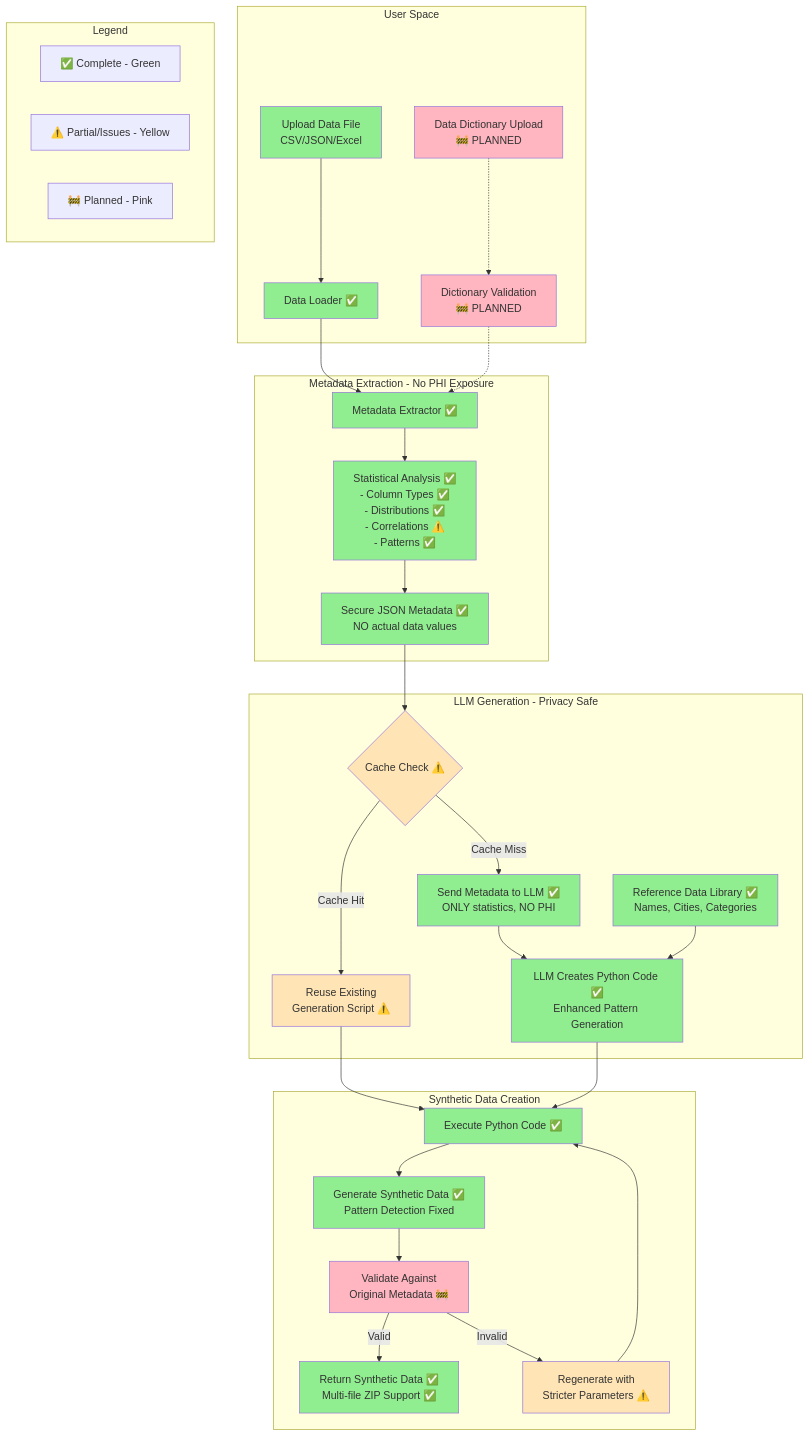
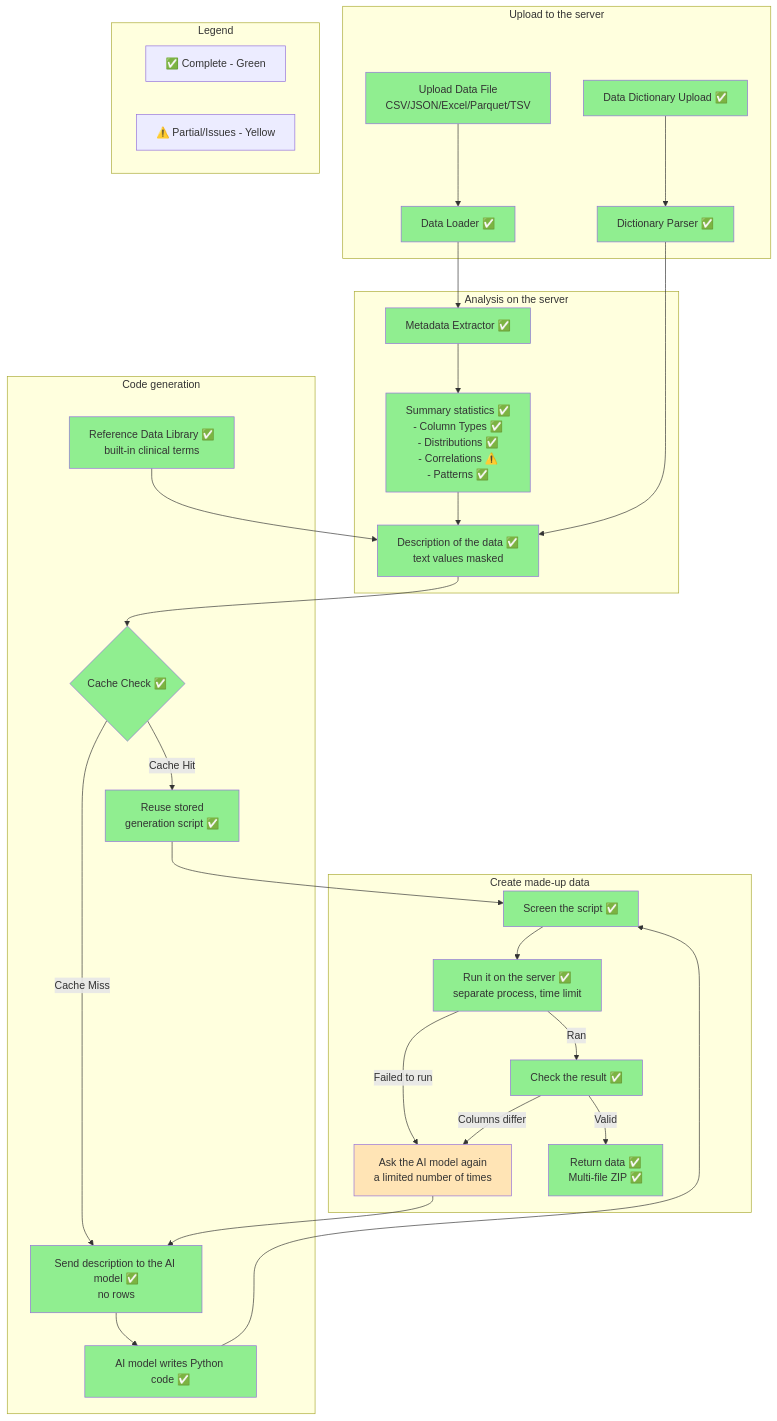
The diagram in docs/architecture-diagram.md (sagearbor/Create-mockData-from-real-file), drawn with Mermaid before and after one commit. The commit also changed other lines of this file and 16 other files, not shown here.

First line of the commit message:
Docs: say what is sent to the AI model and what is stored; remove claims nobody has checked (ADP-58)

````diff
--- a/docs/architecture-diagram.md
+++ b/docs/architecture-diagram.md
@@ -5,60 +5,60 @@
 ```mermaid
 graph TB
-    subgraph "User Space"
-        A[Upload Data File<br/>CSV/JSON/Excel] --> B[Data Loader ✅]
-        DD[Data Dictionary Upload<br/>🚧 PLANNED] -.-> VAL[Dictionary Validation<br/>🚧 PLANNED]
+    subgraph "Upload to the server"
+        A[Upload Data File<br/>CSV/JSON/Excel/Parquet/TSV] --> B[Data Loader ✅]
+        DD[Data Dictionary Upload ✅] --> VAL[Dictionary Parser ✅]
     end
 
-    subgraph "Metadata Extraction - No PHI Exposure"
+    subgraph "Analysis on the server"
         B --> C[Metadata Extractor ✅]
-        C --> D[Statistical Analysis ✅<br/>- Column Types ✅<br/>- Distributions ✅<br/>- Correlations ⚠️<br/>- Patterns ✅]
-        D --> E[Secure JSON Metadata ✅<br/>NO actual data values]
-        VAL -.-> C
+        C --> D[Summary statistics ✅<br/>- Column Types ✅<br/>- Distributions ✅<br/>- Correlations ⚠️<br/>- Patterns ✅]
+        D --> E[Description of the data ✅<br/>text values masked]
+        VAL --> E
     end
 
-    subgraph "LLM Generation - Privacy Safe"
-        E --> F{Cache Check ⚠️}
-        F -->|Cache Hit| G[Reuse Existing<br/>Generation Script ⚠️]
-        F -->|Cache Miss| H[Send Metadata to LLM ✅<br/>ONLY statistics, NO PHI]
-        H --> I[LLM Creates Python Code ✅<br/>Enhanced Pattern Generation]
-        REF[Reference Data Library ✅<br/>Names, Cities, Categories] --> I
+    subgraph "Code generation"
+        E --> F{Cache Check ✅}
+        F -->|Cache Hit| G[Reuse stored<br/>generation script ✅]
+        F -->|Cache Miss| H[Send description to the AI model ✅<br/>no rows]
+        H --> I[AI model writes Python code ✅]
+        REF[Reference Data Library ✅<br/>built-in clinical terms] --> E
     end
 
-    subgraph "Synthetic Data Creation"
-        G --> J[Execute Python Code ✅]
-        I --> J
-        J --> K[Generate Synthetic Data ✅<br/>Pattern Detection Fixed]
-        K --> L[Validate Against<br/>Original Metadata 🚧]
-        L -->|Valid| M[Return Synthetic Data ✅<br/>Multi-file ZIP Support ✅]
-        L -->|Invalid| N[Regenerate with<br/>Stricter Parameters ⚠️]
-        N --> J
+    subgraph "Create made-up data"
+        G --> S[Screen the script ✅]
+        I --> S
+        S --> J[Run it on the server ✅<br/>separate process, time limit]
+        J -->|Ran| L[Check the result ✅]
+        J -->|Failed to run| N
+        L -->|Valid| M[Return data ✅<br/>Multi-file ZIP ✅]
+        L -->|Columns differ| N[Ask the AI model again<br/>a limited number of times]
+        N --> H
     end
 
     %% Color coding for development status
     style A fill:#90EE90
     style B fill:#90EE90
     style C fill:#90EE90
     style E fill:#90EE90
     style H fill:#90EE90
     style J fill:#90EE90
     style M fill:#90EE90
 
     style D fill:#90EE90
-    style F fill:#FFE4B5
-    style G fill:#FFE4B5
+    style F fill:#90EE90
+    style G fill:#90EE90
     style I fill:#90EE90
-    style K fill:#90EE90
     style N fill:#FFE4B5
 
-    style DD fill:#FFB6C1
-    style VAL fill:#FFB6C1
+    style DD fill:#90EE90
+    style VAL fill:#90EE90
     style REF fill:#90EE90
-    style L fill:#FFB6C1
+    style L fill:#90EE90
+    style S fill:#90EE90
 
     %% Legend
     subgraph "Legend"
         L1[✅ Complete - Green]
         L2[⚠️ Partial/Issues - Yellow]
-        L3[🚧 Planned - Pink]
     end
 ```
````
